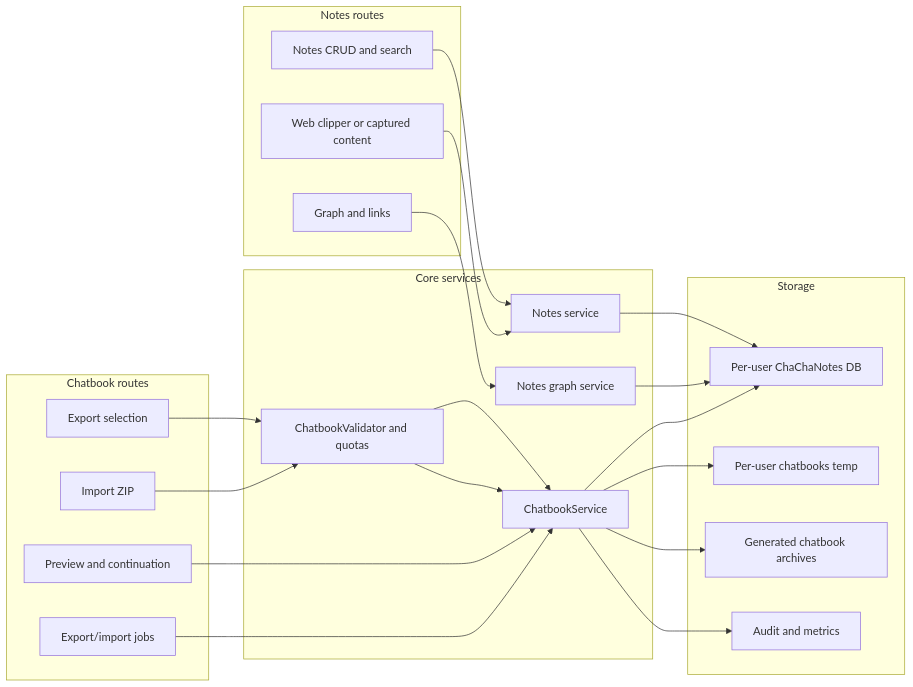
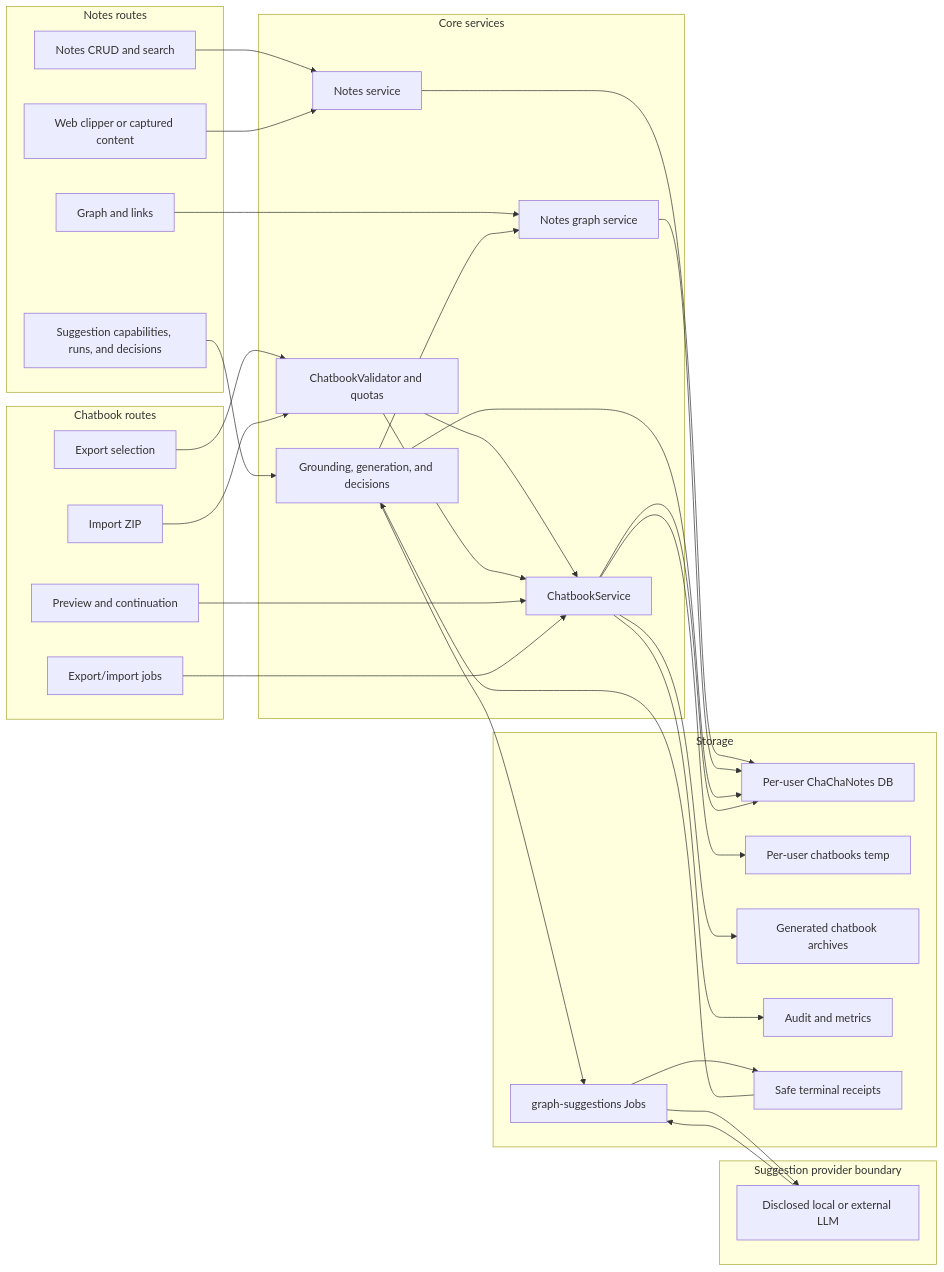
Diagram 15 of 20 in Docs/Code_Documentation/Data_Flow_Atlas.md (rmusser01/tldw_server), drawn with Mermaid before and after one commit. The commit also changed other lines of this file and 15 other files, not shown here.

Commit message:
docs: complete Notes graph suggestions rollout (TASK-13138)

````diff
--- a/Docs/Code_Documentation/Data_Flow_Atlas.md
+++ b/Docs/Code_Documentation/Data_Flow_Atlas.md
@@ -946,41 +946,54 @@
 ```mermaid
 flowchart LR
     subgraph NotesRoutes["Notes routes"]
         Notes[Notes CRUD and search]
         Graph[Graph and links]
+        Suggestions[Suggestion capabilities, runs, and decisions]
         Clip[Web clipper or captured content]
     end
 
     subgraph ChatbookRoutes["Chatbook routes"]
         Export[Export selection]
         Import[Import ZIP]
         Preview[Preview and continuation]
         Jobs[Export/import jobs]
     end
 
     subgraph Core["Core services"]
         NotesCore[Notes service]
         GraphCore[Notes graph service]
+        SuggestCore[Grounding, generation, and decisions]
         ChatbookSvc[ChatbookService]
         Validator[ChatbookValidator and quotas]
     end
 
     subgraph Storage
         ChaCha[Per-user ChaChaNotes DB]
         Temp[Per-user chatbooks temp]
         Archives[Generated chatbook archives]
         Audit[Audit and metrics]
+        SuggestJobs[graph-suggestions Jobs]
+        Receipts[Safe terminal receipts]
+    end
+
+    subgraph SuggestionProvider[Suggestion provider boundary]
+        Provider[Disclosed local or external LLM]
     end
 
     Notes --> NotesCore --> ChaCha
     Graph --> GraphCore --> ChaCha
+    Suggestions --> SuggestCore --> ChaCha
+    SuggestCore --> SuggestJobs --> Provider
+    Provider --> SuggestJobs --> Receipts
+    Receipts --> SuggestCore
+    SuggestCore --> GraphCore
     Clip --> NotesCore
     Export --> Validator --> ChatbookSvc
     Import --> Validator --> ChatbookSvc
     Preview --> ChatbookSvc
     ChatbookSvc --> ChaCha
     ChatbookSvc --> Temp
     ChatbookSvc --> Archives
     Jobs --> ChatbookSvc
     ChatbookSvc --> Audit
 ```
````
